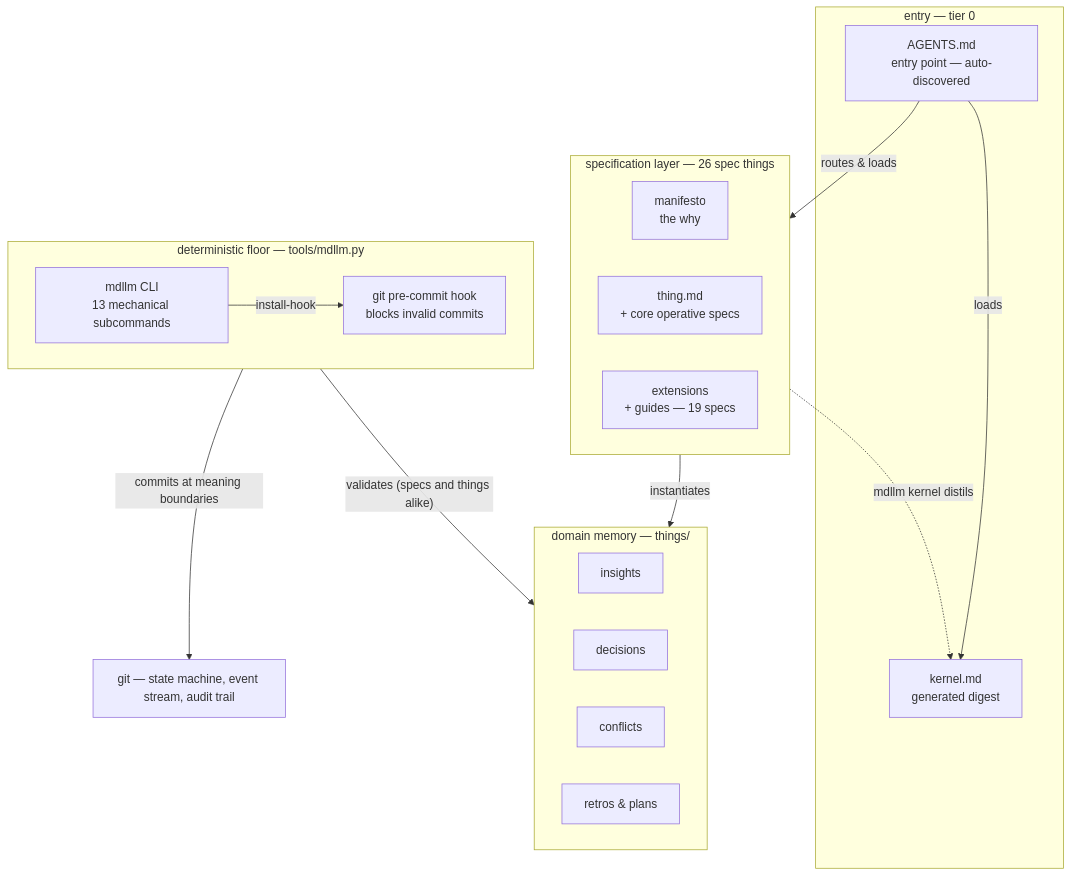
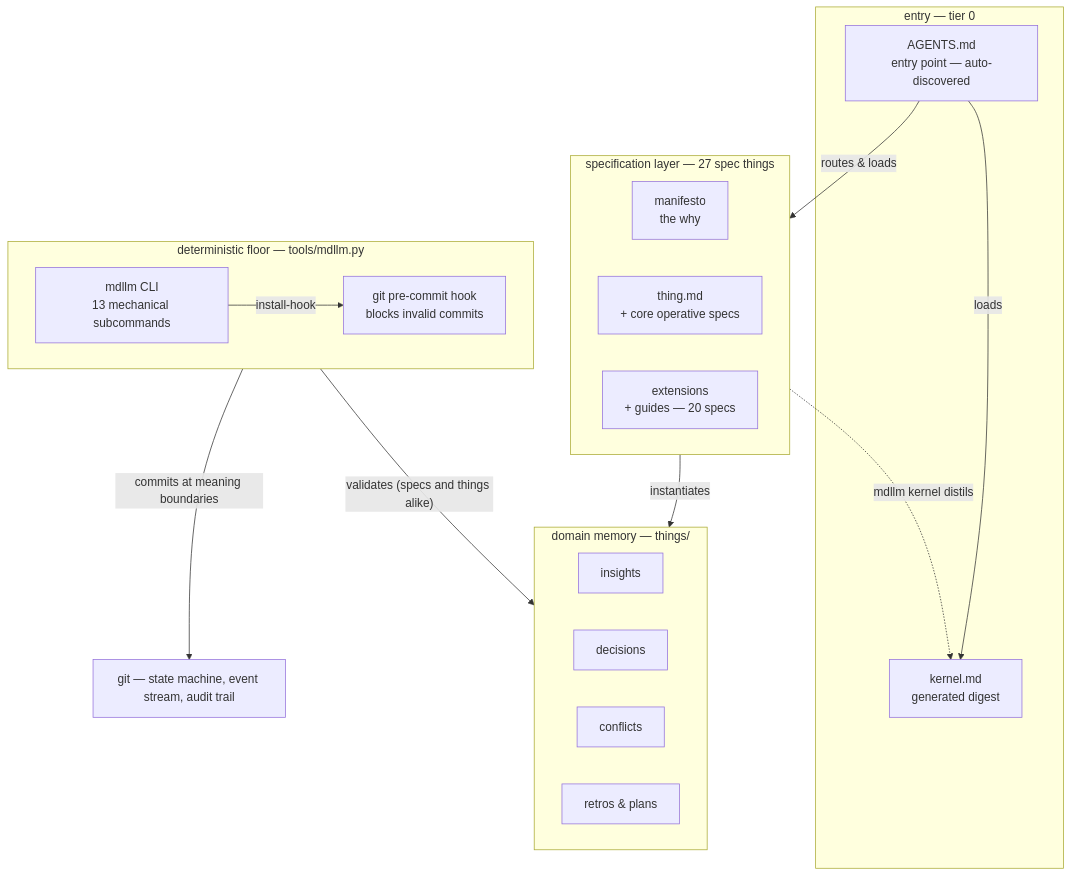
Before and after one commit to JanoshMoshiri/MarkdownLLM: the first of 3 diagrams in framework-map.md, drawn with Mermaid. The commit also changed other lines of this file and 14 other files, not shown here.

````diff
--- a/framework-map.md
+++ b/framework-map.md
@@ -51,31 +51,31 @@
 ```mermaid
 flowchart TD
     subgraph entry ["entry — tier 0"]
         AGENTS["AGENTS.md<br/>entry point — auto-discovered"]
         KERNEL["kernel.md<br/>generated digest"]
     end
-    subgraph specs ["specification layer — 26 spec things"]
+    subgraph specs ["specification layer — 27 spec things"]
         MANIFESTO["manifesto<br/>the why"]
         THING["thing.md<br/>+ core operative specs"]
-        EXT["extensions<br/>+ guides — 19 specs"]
+        EXT["extensions<br/>+ guides — 20 specs"]
     end
     subgraph memory ["domain memory — things/"]
         INSIGHTS["insights"]
         DECISIONS["decisions"]
         CONFLICTS["conflicts"]
         RETROS["retros & plans"]
     end
     subgraph floor ["deterministic floor — tools/mdllm.py"]
         MDLLM["mdllm CLI<br/>13 mechanical subcommands"]
         HOOK["git pre-commit hook<br/>blocks invalid commits"]
     end
     GIT["git — state machine, event stream, audit trail"]
 
     AGENTS -->|loads| KERNEL
     AGENTS -->|routes & loads| specs
     specs -.->|"mdllm kernel distils"| KERNEL
     specs -->|instantiates| memory
     MDLLM -->|install-hook| HOOK
     floor -->|"validates (specs and things alike)"| memory
     floor -->|commits at meaning boundaries| GIT
 ```
````
